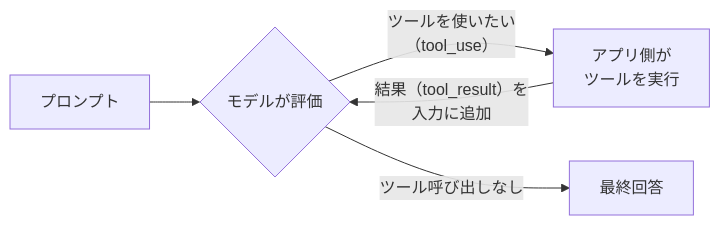
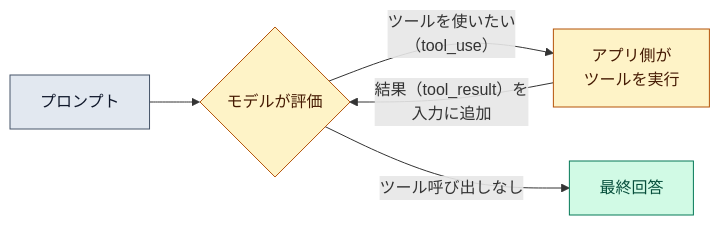
One commit to toshiki0102/claude-study changed the diagram in docs/guide/agent-loop.md. Above: the diagram before and after it, drawn with Mermaid. The commit also changed other lines of this file and 8 other files, not shown here.

First line of the commit message:
feat: ページに配色を付けて、図・要点・表を見分けやすくする (#31)

````diff
--- a/docs/guide/agent-loop.md
+++ b/docs/guide/agent-loop.md
@@ -36,7 +37,14 @@
 ```mermaid
 flowchart LR
   P[プロンプト] --> E{モデルが評価}
   E -- "ツールを使いたい<br/>（tool_use）" --> T["アプリ側が<br/>ツールを実行"]
   T -- "結果（tool_result）を<br/>入力に追加" --> E
   E -- "ツール呼び出しなし" --> A[最終回答]
+  classDef fixed fill:#e2e8f0,stroke:#475569,color:#0f172a
+  classDef accum fill:#fef3c7,stroke:#b45309,color:#451a03
+  classDef result fill:#d1fae5,stroke:#047857,color:#064e3b
+  classDef edge fill:#ffe4e6,stroke:#be123c,color:#4c0519
+  class P fixed
+  class E,T accum
+  class A result
 ```
````
